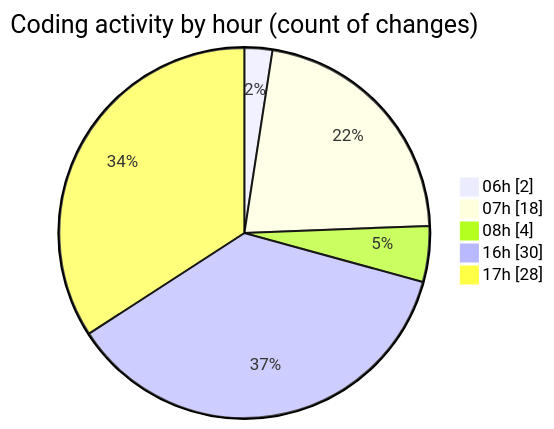
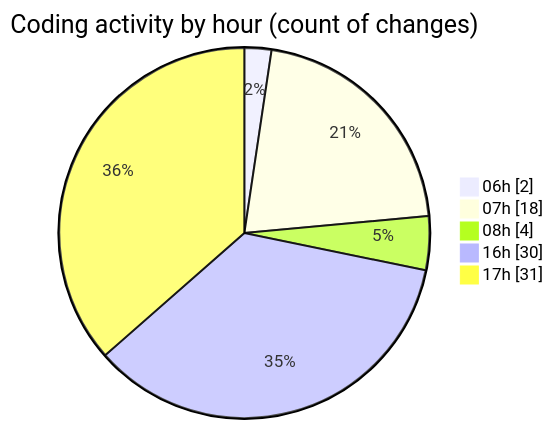
One commit to robertbonfada/code-tracking changed the second of 2 diagrams in 2025-01-27/termonied-web/README.md. Above: the diagram before and after it, drawn with Mermaid. The commit also changed other lines of this file and 1 other file, not shown here.

````diff
--- a/2025-01-27/termonied-web/README.md
+++ b/2025-01-27/termonied-web/README.md
@@ -38,9 +38,9 @@
 ```mermaid
 pie showData
 title Coding activity by hour (count of changes)
 "06h" : 2
 "07h" : 18
 "08h" : 4
 "16h" : 30
-"17h" : 28
+"17h" : 31
 ```
````
